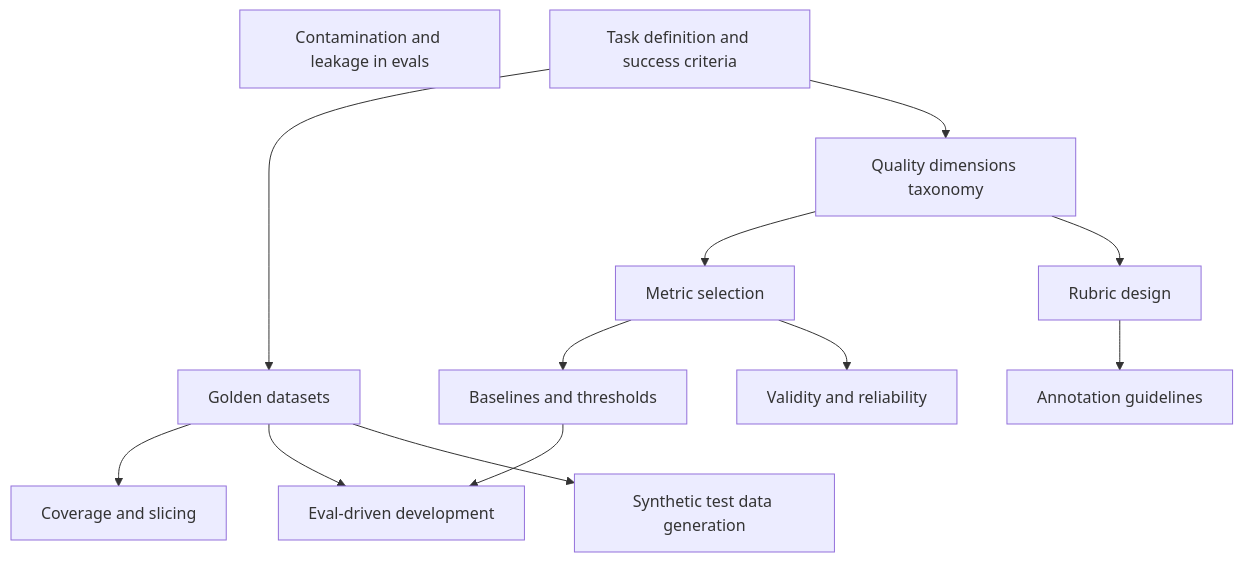
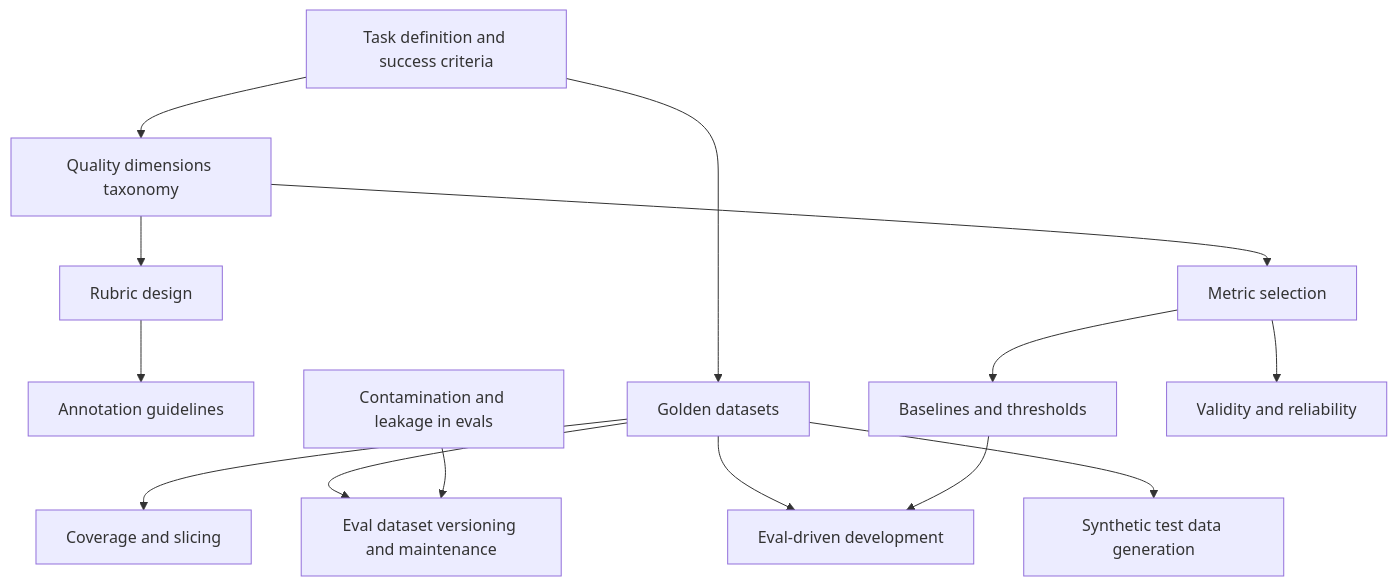
One commit to ksubramanian9/ai_evaluation changed the third of 8 diagrams in map/00-overview.md. Above: the diagram before and after it, drawn with Mermaid. The commit also changed other lines of this file and 52 other files, not shown here.

````diff
--- a/map/00-overview.md
+++ b/map/00-overview.md
@@ -76,26 +77,29 @@
 ```mermaid
 flowchart TD
   n_annotation_guidelines["Annotation guidelines"]
   n_baselines_and_thresholds["Baselines and thresholds"]
   n_contamination_and_leakage["Contamination and leakage in evals"]
   n_coverage_and_slicing["Coverage and slicing"]
+  n_eval_dataset_versioning["Eval dataset versioning and maintenance"]
   n_eval_driven_development["Eval-driven development"]
   n_golden_datasets["Golden datasets"]
   n_metric_selection["Metric selection"]
   n_quality_dimensions_taxonomy["Quality dimensions taxonomy"]
   n_rubric_design["Rubric design"]
   n_synthetic_data_generation["Synthetic test data generation"]
   n_task_definition_and_success_criteria["Task definition and success criteria"]
   n_validity_and_reliability["Validity and reliability"]
   n_rubric_design --> n_annotation_guidelines
   n_metric_selection --> n_baselines_and_thresholds
   n_golden_datasets --> n_coverage_and_slicing
+  n_golden_datasets --> n_eval_dataset_versioning
+  n_contamination_and_leakage --> n_eval_dataset_versioning
   n_golden_datasets --> n_eval_driven_development
   n_baselines_and_thresholds --> n_eval_driven_development
   n_task_definition_and_success_criteria --> n_golden_datasets
   n_quality_dimensions_taxonomy --> n_metric_selection
   n_task_definition_and_success_criteria --> n_quality_dimensions_taxonomy
   n_quality_dimensions_taxonomy --> n_rubric_design
   n_golden_datasets --> n_synthetic_data_generation
   n_metric_selection --> n_validity_and_reliability
 ```
````
